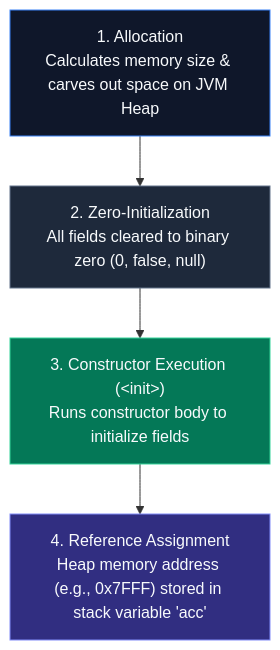
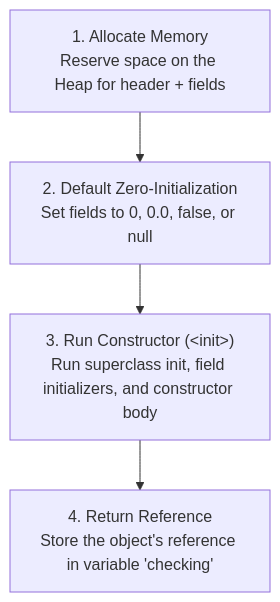
One commit to ravishankar2463/java_hub changed the second of 3 diagrams in content/roadmap/level-0/intro-to-oops.md. Above: the diagram before and after it, drawn with Mermaid. The commit also changed other lines of this file and 119 other files, not shown here.

Commit message:
feat: add comprehensive java learning roadmap content across multiple levels

````diff
--- a/content/roadmap/level-0/intro-to-oops.md
+++ b/content/roadmap/level-0/intro-to-oops.md
@@ -189,11 +131,6 @@
 ```mermaid
 flowchart TD
-    S1["1. Allocation<br/>Calculates memory size & carves out space on JVM Heap"] --> S2["2. Zero-Initialization<br/>All fields cleared to binary zero (0, false, null)"]
-    S2 --> S3["3. Constructor Execution (&lt;init&gt;)<br/>Runs constructor body to initialize fields"]
-    S3 --> S4["4. Reference Assignment<br/>Heap memory address (e.g., 0x7FFF) stored in stack variable 'acc'"]
-
-    style S1 fill:#0f172a,stroke:#3b82f6,color:#f8fafc
-    style S2 fill:#1e293b,stroke:#64748b,color:#f8fafc
-    style S3 fill:#047857,stroke:#34d399,color:#f8fafc
-    style S4 fill:#312e81,stroke:#818cf8,color:#f8fafc
+    s1["1. Allocate Memory<br/>Reserve space on the Heap for header + fields"] --> s2["2. Default Zero-Initialization<br/>Set fields to 0, 0.0, false, or null"]
+    s2 --> s3["3. Run Constructor (&lt;init&gt;)<br/>Run superclass init, field initializers, and constructor body"]
+    s3 --> s4["4. Return Reference<br/>Store the object's reference in variable 'checking'"]
 ```
````
